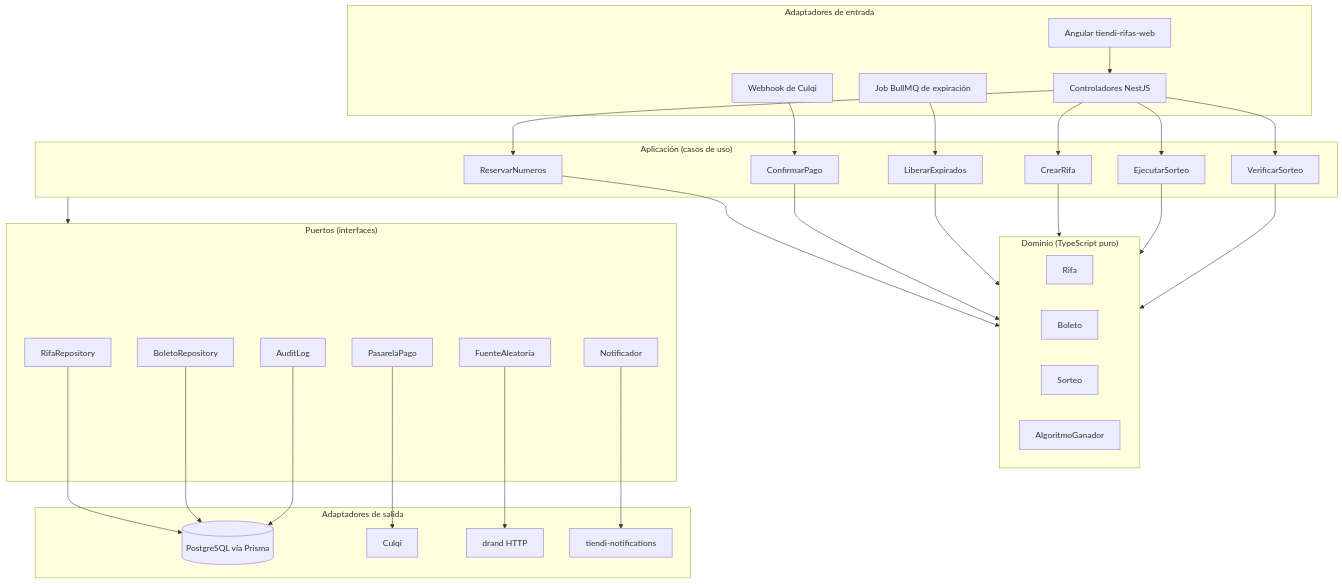
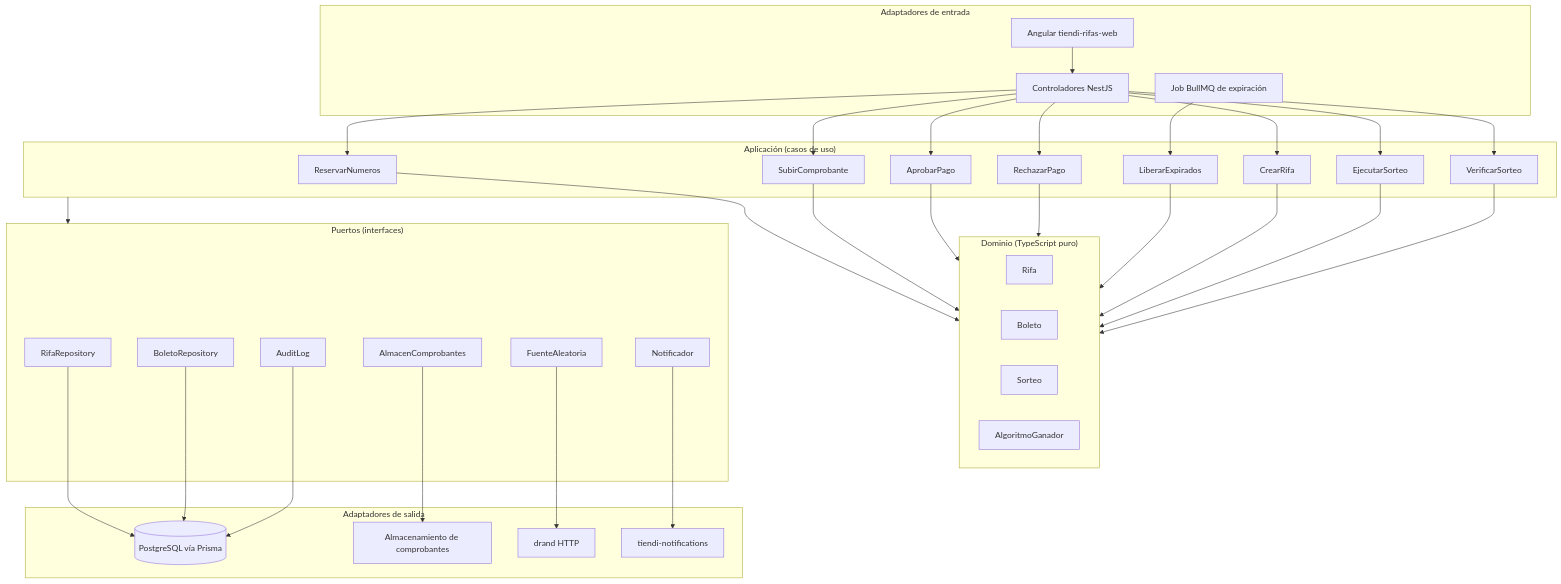
Before and after one commit to kanoso/ecommcerce-saas-sonet: the second of 12 diagrams in DOCS/RIFAS/ESPECIFICACIONES-RIFAS.md, drawn with Mermaid. The commit also changed other lines of this file and 444 other files, not shown here.

````diff
--- a/DOCS/RIFAS/ESPECIFICACIONES-RIFAS.md
+++ b/DOCS/RIFAS/ESPECIFICACIONES-RIFAS.md
@@ -157,54 +159,54 @@
 ```mermaid
 flowchart TB
     subgraph Entrada["Adaptadores de entrada"]
         UI[Angular tiendi-rifas-web]
         API[Controladores NestJS]
-        WH[Webhook de Culqi]
         CRON[Job BullMQ de expiración]
     end
 
     subgraph App["Aplicación (casos de uso)"]
         RES[ReservarNumeros]
-        CONF[ConfirmarPago]
+        SUB[SubirComprobante]
+        APR[AprobarPago]
+        REC[RechazarPago]
         LIB[LiberarExpirados]
         CREAR[CrearRifa]
         SORT[EjecutarSorteo]
         VER[VerificarSorteo]
     end
 
     subgraph Dominio["Dominio (TypeScript puro)"]
         RIFA[Rifa]
         BOL[Boleto]
         SOR[Sorteo]
         ALG[AlgoritmoGanador]
     end
 
     subgraph Puertos["Puertos (interfaces)"]
         P1[RifaRepository]
         P2[BoletoRepository]
-        P3[PasarelaPago]
+        P3[AlmacenComprobantes]
         P4[FuenteAleatoria]
         P5[Notificador]
         P6[AuditLog]
     end
 
     subgraph Salida["Adaptadores de salida"]
         SB[(PostgreSQL vía Prisma)]
-        CU[Culqi]
+        ST[Almacenamiento de comprobantes]
         DRA[drand HTTP]
         MAIL[tiendi-notifications]
     end
 
     UI --> API
-    API --> RES & CREAR & SORT & VER
-    WH --> CONF
+    API --> RES & SUB & APR & REC & CREAR & SORT & VER
     CRON --> LIB
 
-    RES & CONF & LIB & CREAR & SORT & VER --> Dominio
+    RES & SUB & APR & REC & LIB & CREAR & SORT & VER --> Dominio
     App --> Puertos
 
     P1 & P2 & P6 --> SB
-    P3 --> CU
+    P3 --> ST
     P4 --> DRA
     P5 --> MAIL
 ```
````
